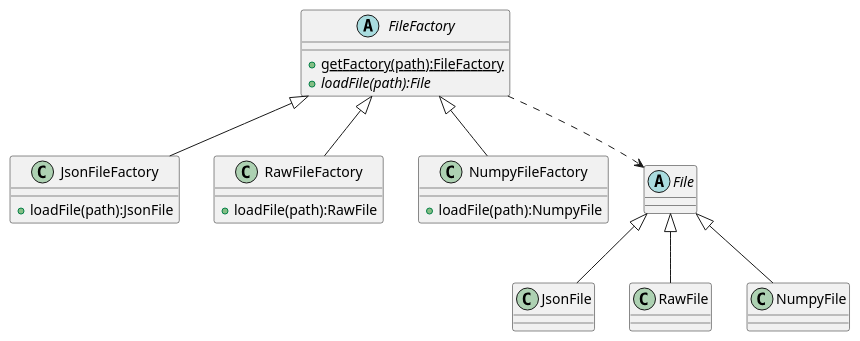
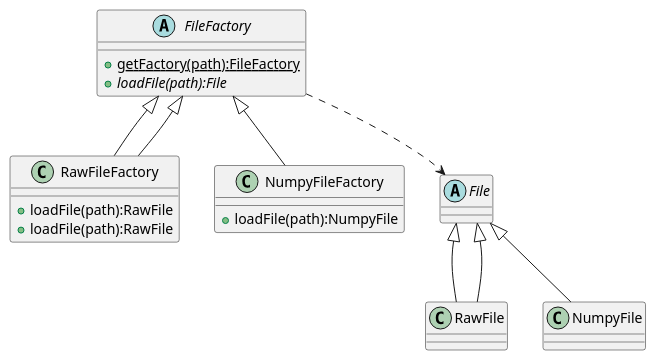
The diagram in extra/uml/file_io.pu (slsdetectorgroup/aare), drawn with PlantUML before and after one commit. The commit also changed 60 other files, not shown here.

```diff
--- a/extra/uml/file_io.pu
+++ b/extra/uml/file_io.pu
@@ -1,36 +1,36 @@
 @startuml ClassDiagram
 abstract class FileFactory{
     {static} +getFactory(path):FileFactory
     {abstract} +loadFile(path):File
 }
-class JsonFileFactory{
-  +loadFile(path):JsonFile
+class RawFileFactory{
+  +loadFile(path):RawFile
 }
 class RawFileFactory{
    +loadFile(path):RawFile
 }
 class NumpyFileFactory{
    +loadFile(path):NumpyFile
 }
 
 abstract File{
 }
 
-class JsonFile{
+class RawFile{
 }
 class RawFile{
 }
 class NumpyFile{
 }
 
 FileFactory <|-- RawFileFactory
 FileFactory <|-- NumpyFileFactory
-FileFactory <|-- JsonFileFactory
+FileFactory <|-- RawFileFactory
 
-File <|-- JsonFile
+File <|-- RawFile
 File <|-- RawFile
 File <|-- NumpyFile
 
 FileFactory ..> File
 
 @enduml
```
